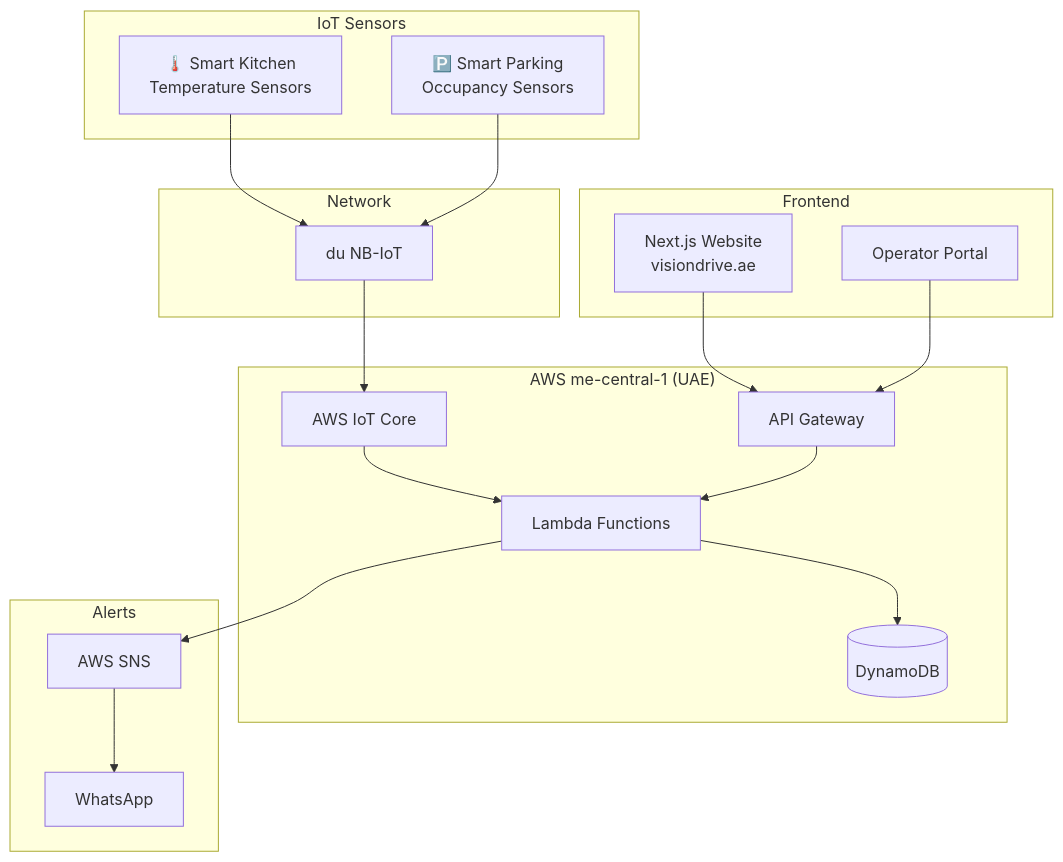
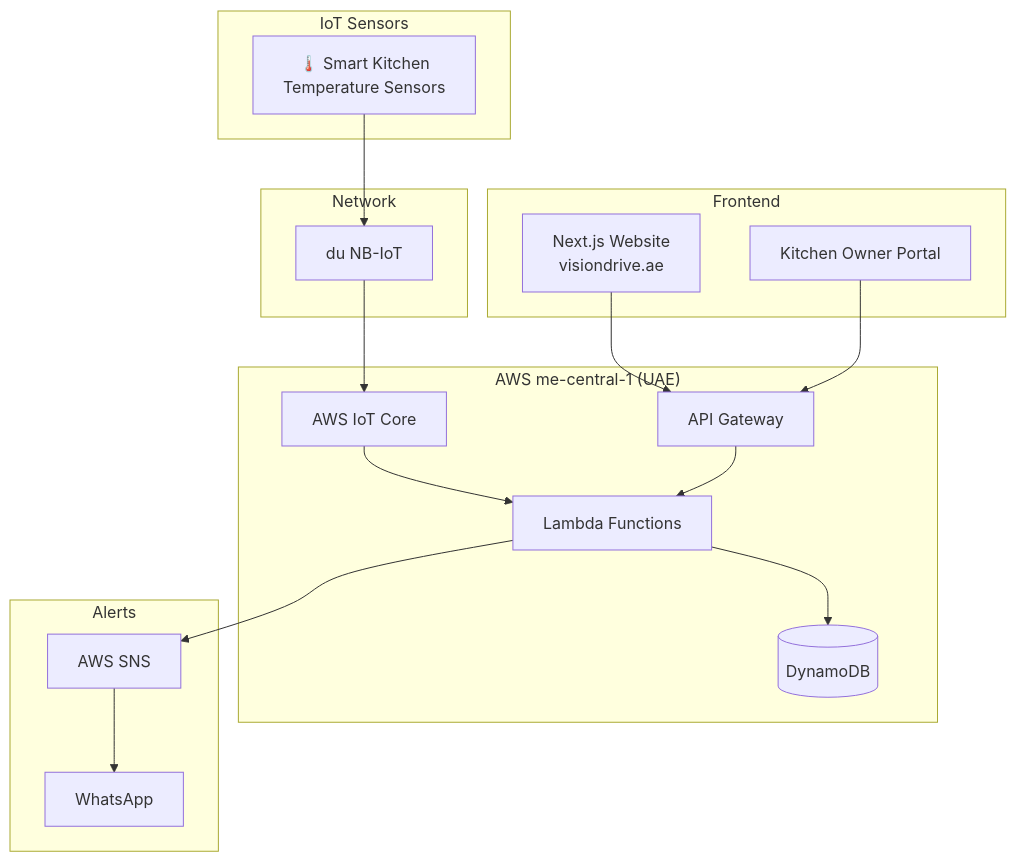
The diagram in docs/architecture-diagram.md (vadimkus/visiondrive), drawn with Mermaid before and after one commit. The commit also changed other lines of this file and 58 other files, not shown here.

First line of the commit message:
refactor: remove all parking references — VisionDrive is kitchen-only

````diff
--- a/docs/architecture-diagram.md
+++ b/docs/architecture-diagram.md
@@ -3,39 +3,37 @@
 ```mermaid
 flowchart TB
     subgraph Sensors["IoT Sensors"]
         SK[🌡️ Smart Kitchen<br/>Temperature Sensors]
-        SP[🅿️ Smart Parking<br/>Occupancy Sensors]
     end
 
     subgraph Network["Network"]
         NB[du NB-IoT]
     end
 
     subgraph AWS["AWS me-central-1 (UAE)"]
         IOT[AWS IoT Core]
         Lambda[Lambda Functions]
         DB[(DynamoDB)]
         API[API Gateway]
     end
 
     subgraph Frontend["Frontend"]
         Web[Next.js Website<br/>visiondrive.ae]
-        Portal[Operator Portal]
+        Portal[Kitchen Owner Portal]
     end
 
     subgraph Notifications["Alerts"]
         WA[WhatsApp]
         SNS[AWS SNS]
     end
 
     SK --> NB
-    SP --> NB
     NB --> IOT
     IOT --> Lambda
     Lambda --> DB
     Lambda --> SNS
     SNS --> WA
     API --> Lambda
     Web --> API
     Portal --> API
 ```
````
